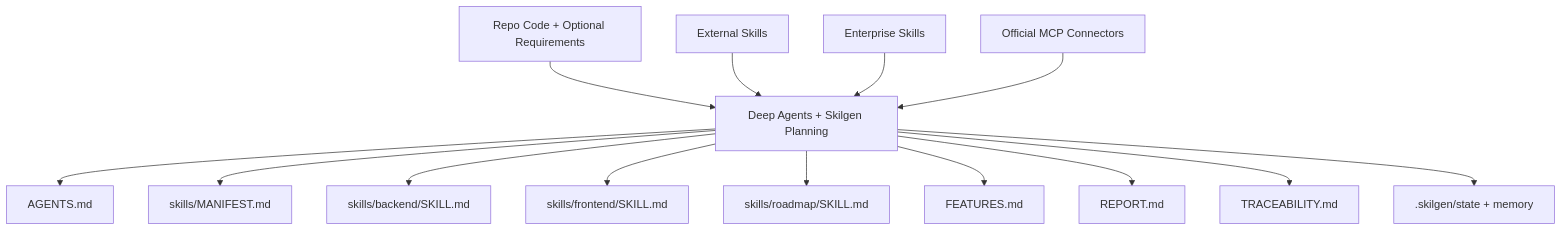
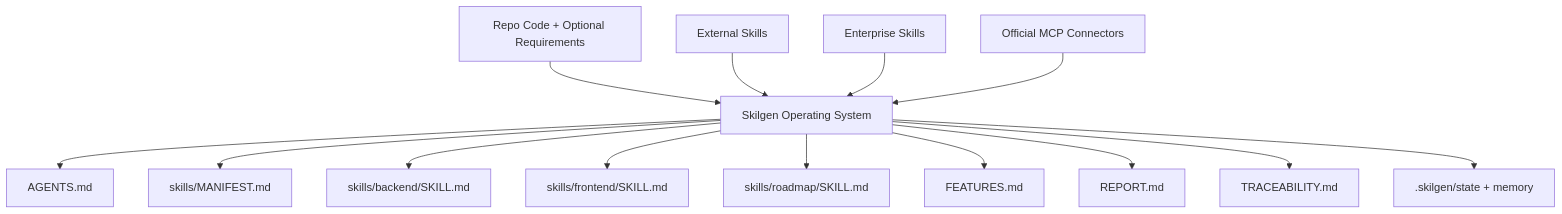
One commit to skilgen/skilgen changed the second of 2 diagrams in README.md. Above: the diagram before and after it, drawn with Mermaid.

Commit message:
Use Skilgen operating system wording in README diagram

````diff
--- a/README.md
+++ b/README.md
@@ -97,16 +97,16 @@
 ```mermaid
 flowchart TD
-    A["Repo Code + Optional Requirements"] --> B["Deep Agents + Skilgen Planning"]
+    A["Repo Code + Optional Requirements"] --> B["Skilgen Operating System"]
     B --> C["AGENTS.md"]
     B --> D["skills/MANIFEST.md"]
     B --> E["skills/backend/SKILL.md"]
     B --> F["skills/frontend/SKILL.md"]
     B --> G["skills/roadmap/SKILL.md"]
     B --> H["FEATURES.md"]
     B --> I["REPORT.md"]
     B --> J["TRACEABILITY.md"]
     B --> K[".skilgen/state + memory"]
     L["External Skills"] --> B
     M["Enterprise Skills"] --> B
     N["Official MCP Connectors"] --> B
 ```
````
